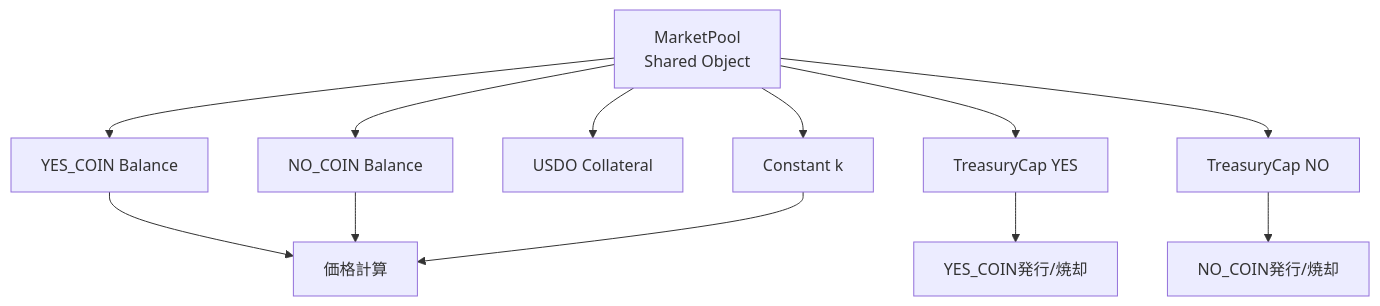
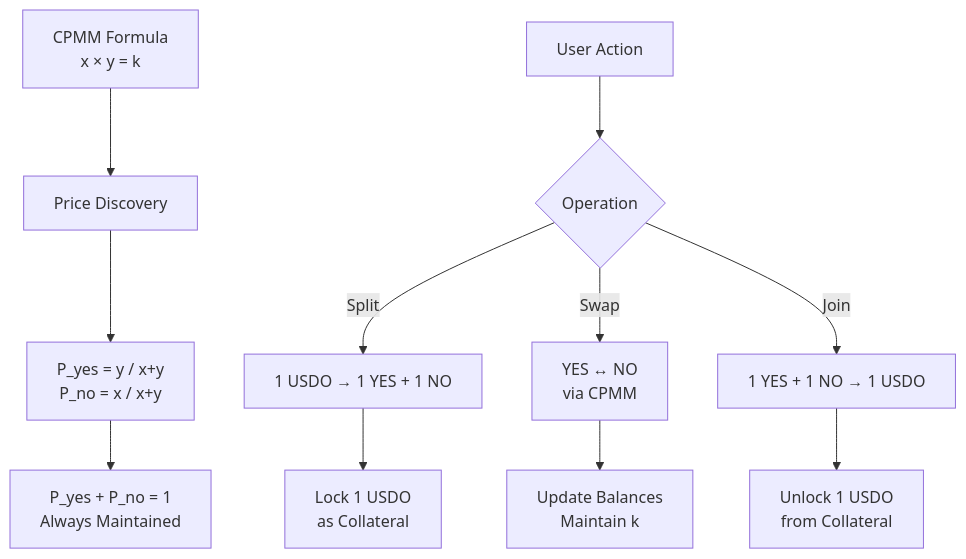
Before and after one commit to uooooo/one-fight-arena-DAO: the first of 4 diagrams in docs/CPMM_SLIDES.md, drawn with Mermaid. The commit also changed other lines of this file, not shown here.

Commit message:
docs: condense CPMM slides to 2 technical slides in English

````diff
--- a/docs/CPMM_SLIDES.md
+++ b/docs/CPMM_SLIDES.md
@@ -70,16 +7,15 @@
 ```mermaid
 graph TB
-    A[MarketPool<br/>Shared Object] --> B[YES_COIN Balance]
-    A --> C[NO_COIN Balance]
-    A --> D[USDO Collateral]
-    A --> E[TreasuryCap YES]
-    A --> F[TreasuryCap NO]
-    A --> G[Constant k]
+    A[CPMM Formula<br/>x × y = k] --> B[Price Discovery]
+    B --> C[P_yes = y / x+y<br/>P_no = x / x+y]
+    C --> D[P_yes + P_no = 1<br/>Always Maintained]
     
-    B --> H[価格計算]
-    C --> H
-    G --> H
+    E[User Action] --> F{Operation}
+    F -->|Split| G[1 USDO → 1 YES + 1 NO]
+    F -->|Swap| H[YES ↔ NO<br/>via CPMM]
+    F -->|Join| I[1 YES + 1 NO → 1 USDO]
     
-    E --> I[YES_COIN発行/焼却]
-    F --> J[NO_COIN発行/焼却]
+    G --> J[Lock 1 USDO<br/>as Collateral]
+    H --> K[Update Balances<br/>Maintain k]
+    I --> L[Unlock 1 USDO<br/>from Collateral]
 ```
````
